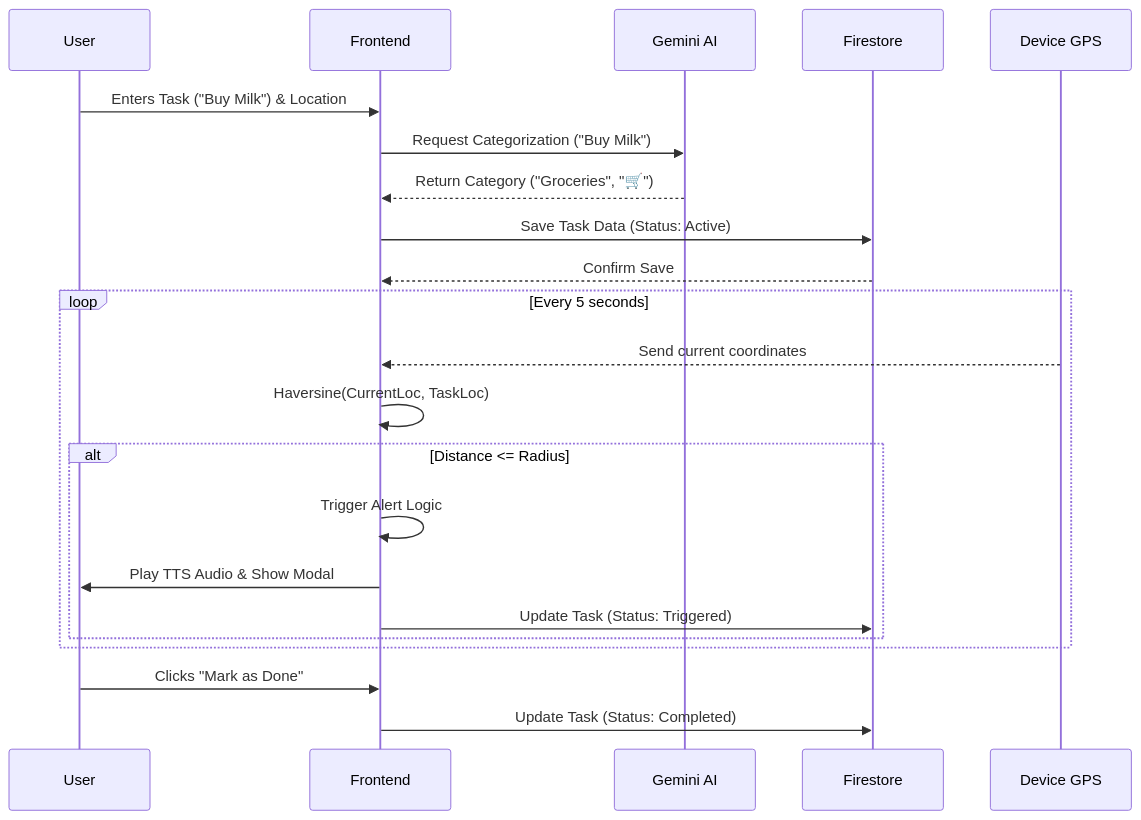
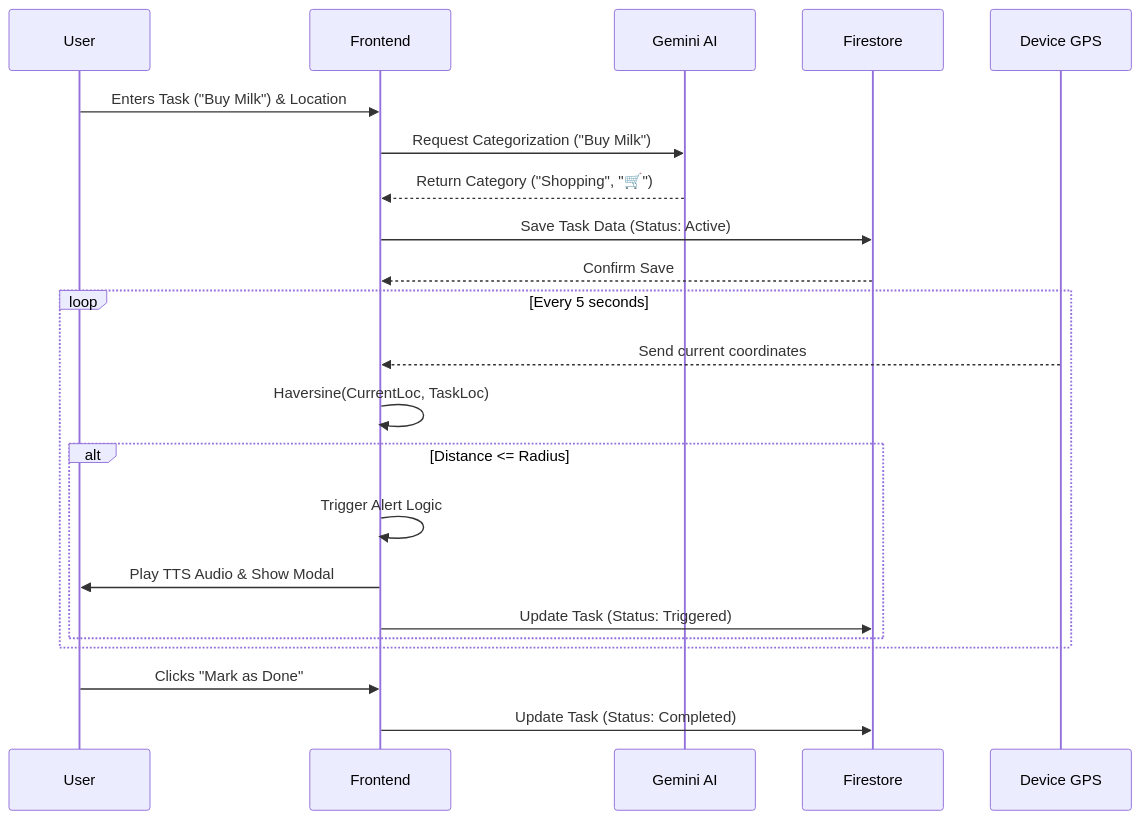
Before and after one commit to exampletemp604-ux/georeminder: the eighth of 8 diagrams in System_Architecture_and_Diagrams.md, drawn with Mermaid. The commit also changed other lines of this file and 2 other files, not shown here.

Commit message:
docs & feat: finalize ER diagrams and add empty input validation to AddReminderModal

````diff
--- a/System_Architecture_and_Diagrams.md
+++ b/System_Architecture_and_Diagrams.md
@@ -135,27 +375,27 @@
 ```mermaid
 sequenceDiagram
     participant User
     participant Frontend
     participant Gemini as Gemini AI
     participant DB as Firestore
     participant GPS as Device GPS
 
     User->>Frontend: Enters Task ("Buy Milk") & Location
     Frontend->>Gemini: Request Categorization ("Buy Milk")
-    Gemini-->>Frontend: Return Category ("Groceries", "🛒")
+    Gemini-->>Frontend: Return Category ("Shopping", "🛒")
     Frontend->>DB: Save Task Data (Status: Active)
     DB-->>Frontend: Confirm Save
     
     loop Every 5 seconds
         GPS-->>Frontend: Send current coordinates
         Frontend->>Frontend: Haversine(CurrentLoc, TaskLoc)
         alt Distance <= Radius
             Frontend->>Frontend: Trigger Alert Logic
             Frontend->>User: Play TTS Audio & Show Modal
             Frontend->>DB: Update Task (Status: Triggered)
         end
     end
     
     User->>Frontend: Clicks "Mark as Done"
     Frontend->>DB: Update Task (Status: Completed)
 ```
````
